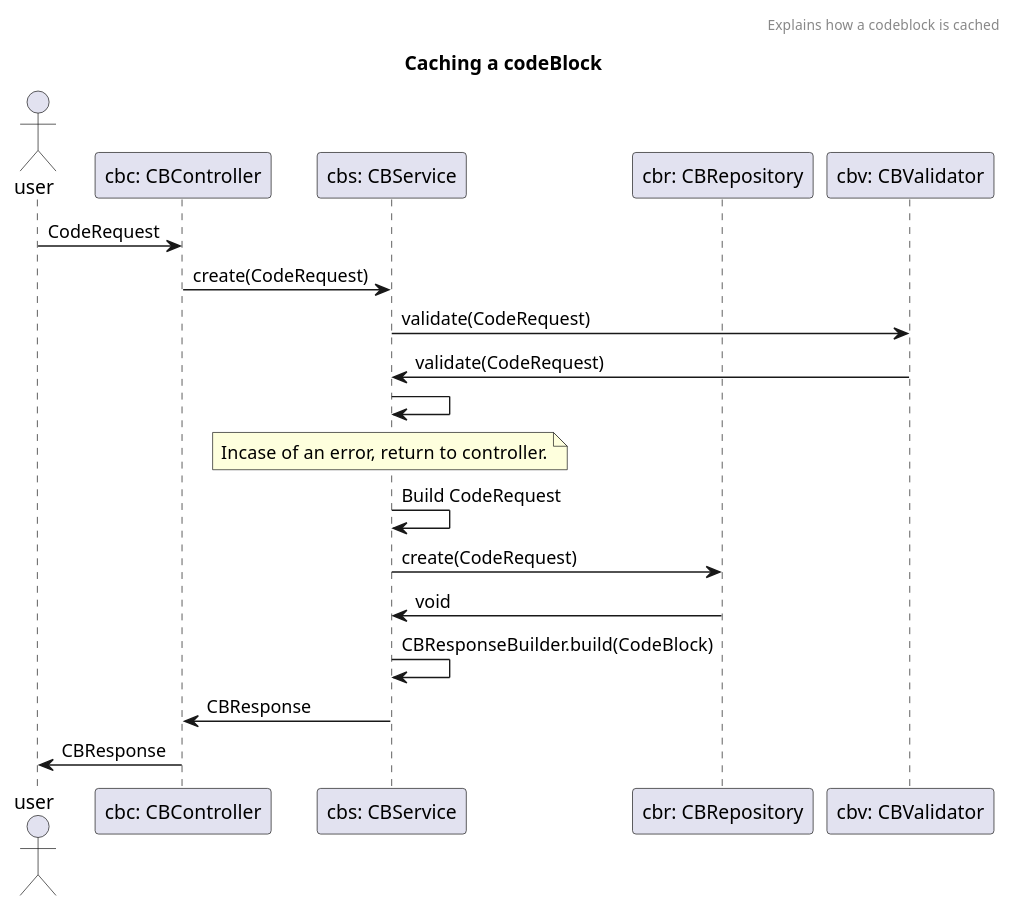
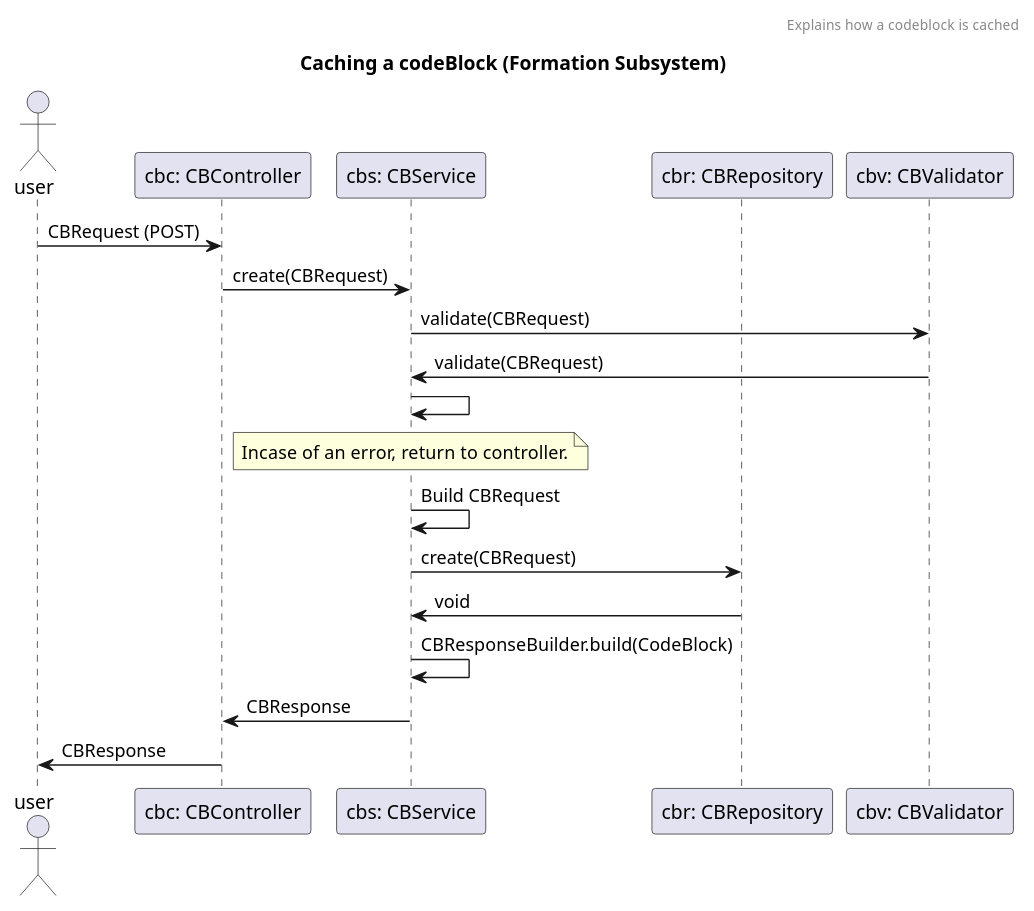
One commit to yilmazerd/simplerest01 changed the diagram in src/main/java/design/CreateCodeBlock.puml. Above: the diagram before and after it, drawn with PlantUML. The commit also changed 16 other files, not shown here.

```diff
--- a/src/main/java/design/CreateCodeBlock.puml
+++ b/src/main/java/design/CreateCodeBlock.puml
@@ -1,33 +1,33 @@
 @startuml
 
     actor user
     participant "cbc: CBController" as cbc
     participant "cbs: CBService" as cbs
         participant "cbr: CBRepository" as cbr
     participant "cbv: CBValidator" as cbv
 
 
-    user -> cbc: CodeRequest
+    user -> cbc: CBRequest (POST)
 
-    title Caching a codeBlock
+    title Caching a codeBlock (Formation Subsystem)
     header
     Explains how  a codeblock is cached
     endheader
 
-    cbc->cbs: create(CodeRequest)
-    cbs->cbv: validate(CodeRequest)
-    cbs<-cbv: validate(CodeRequest)
+    cbc->cbs: create(CBRequest)
+    cbs->cbv: validate(CBRequest)
+    cbs<-cbv: validate(CBRequest)
     cbs->cbs:
             note over cbs
                 Incase of an error, return to controller.
             end note
-    cbs->cbs: Build CodeRequest
-    cbs->cbr: create(CodeRequest)
+    cbs->cbs: Build CBRequest
+    cbs->cbr: create(CBRequest)
     cbr->cbs: void
     cbs->cbs: CBResponseBuilder.build(CodeBlock)
     cbc<-cbs: CBResponse
     user<-cbc: CBResponse
 
 
 
     @enduml
```
